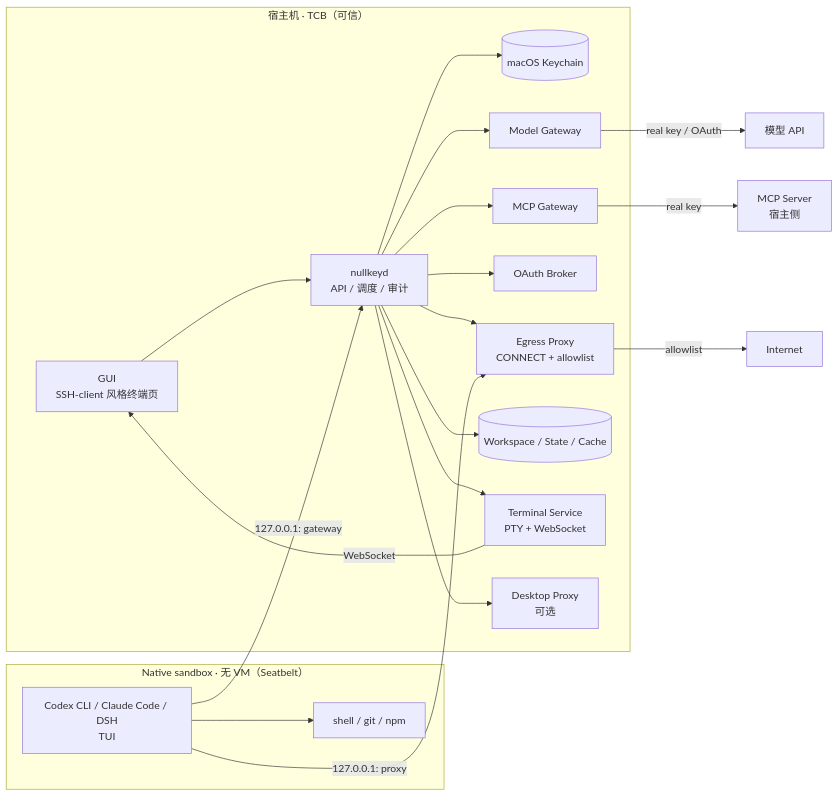
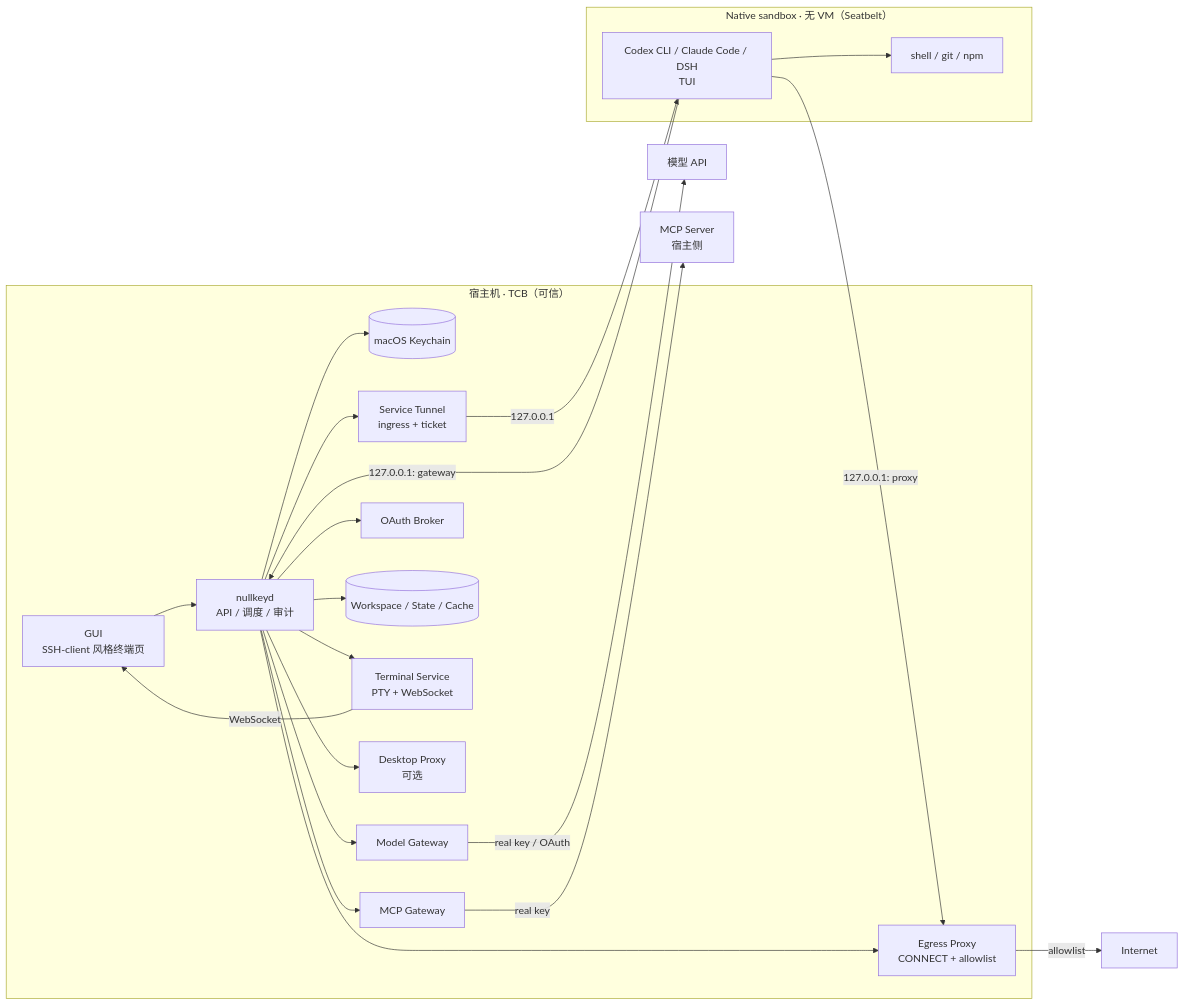
Before and after one commit to Mrjwj34/nullkey: the diagram in docs/02-architecture.md, drawn with Mermaid. The commit also changed other lines of this file and 11 other files, not shown here.

Commit message:
docs: add ingress service tunnel and artifact review

````diff
--- a/docs/02-architecture.md
+++ b/docs/02-architecture.md
@@ -5,38 +5,41 @@
 ```mermaid
 flowchart LR
   subgraph HOST["宿主机 · TCB（可信）"]
     GUI["GUI<br/>SSH-client 风格终端页"]
     D["nullkeyd<br/>API / 调度 / 审计"]
     KC[("macOS Keychain")]
     MG["Model Gateway"]
     MCPG["MCP Gateway"]
     OA["OAuth Broker"]
     EP["Egress Proxy<br/>CONNECT + allowlist"]
     ST[("Workspace / State / Cache")]
     TS["Terminal Service<br/>PTY + WebSocket"]
     DP["Desktop Proxy<br/>可选"]
+    TP["Service Tunnel<br/>ingress + ticket"]
 
     GUI --> D
     D --> KC
     D --> MG
     D --> MCPG
     D --> OA
     D --> EP
     D --> ST
     D --> TS
     D --> DP
+    D --> TP
   end
 
   subgraph SBX["Native sandbox · 无 VM（Seatbelt）"]
     H["Codex CLI / Claude Code / DSH<br/>TUI"]
     SH["shell / git / npm"]
     H --> SH
   end
 
   H -->|"127.0.0.1: gateway"| D
   H -->|"127.0.0.1: proxy"| EP
   TS -->|"WebSocket"| GUI
+  TP -->|"127.0.0.1"| H
   MG -->|"real key / OAuth"| UP["模型 API"]
   MCPG -->|"real key"| MS["MCP Server<br/>宿主侧"]
   EP -->|"allowlist"| NET["Internet"]
 ```
````
